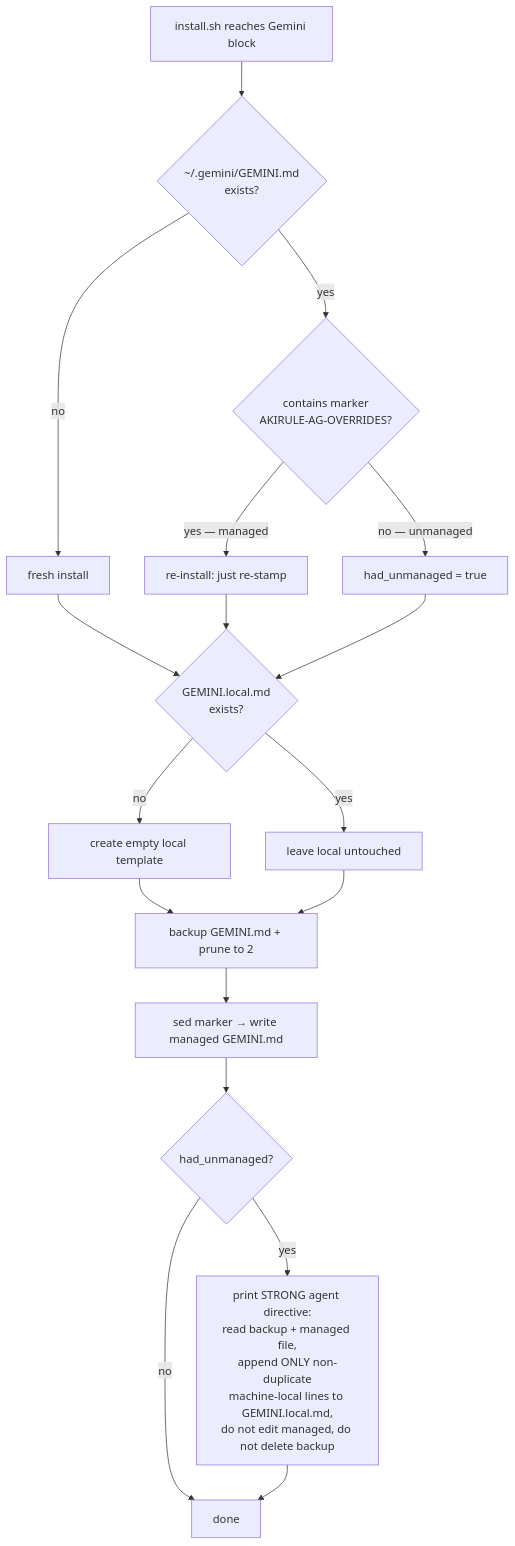
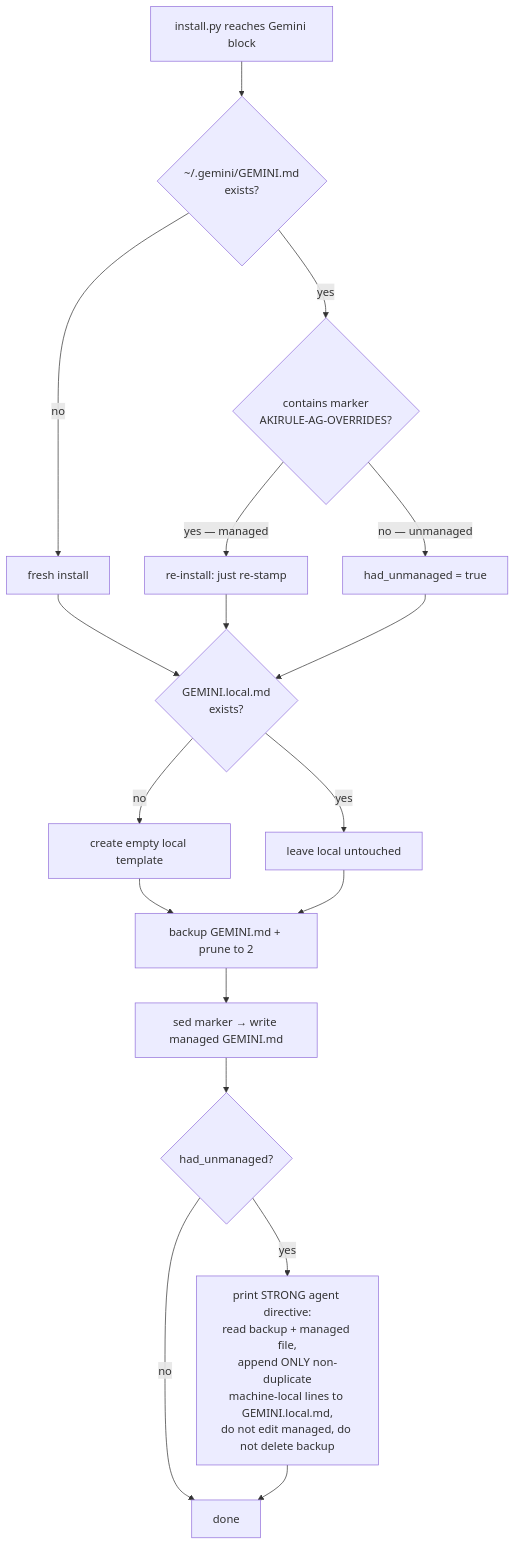
One commit to QuachGia1994/akidevrule changed the second of 2 diagrams in docs/arch/rule-delivery-architecture.md. Above: the diagram before and after it, drawn with Mermaid. The commit also changed other lines of this file and 9 other files, not shown here.

````diff
--- a/docs/arch/rule-delivery-architecture.md
+++ b/docs/arch/rule-delivery-architecture.md
@@ -101,22 +105,22 @@
 ```mermaid
 flowchart TD
-    START["install.sh reaches Gemini block"] --> Q1{"~/.gemini/GEMINI.md<br/>exists?"}
+    START["install.py reaches Gemini block"] --> Q1{"~/.gemini/GEMINI.md<br/>exists?"}
     Q1 -->|no| FRESH["fresh install"]
     Q1 -->|yes| Q2{"contains marker<br/>AKIRULE-AG-OVERRIDES?"}
     Q2 -->|"yes — managed"| MANAGED["re-install: just re-stamp"]
     Q2 -->|"no — unmanaged"| UNMANAGED["had_unmanaged = true"]
 
     FRESH --> LOCAL{"GEMINI.local.md<br/>exists?"}
     MANAGED --> LOCAL
     UNMANAGED --> LOCAL
     LOCAL -->|no| MKLOCAL["create empty local template"]
     LOCAL -->|yes| SKIPLOCAL["leave local untouched"]
 
     MKLOCAL --> BK["backup GEMINI.md + prune to 2"]
     SKIPLOCAL --> BK
     BK --> STMP["sed marker → write managed GEMINI.md"]
     STMP --> Q3{"had_unmanaged?"}
     Q3 -->|no| DONE["done"]
     Q3 -->|yes| DIR["print STRONG agent directive:<br/>read backup + managed file,<br/>append ONLY non-duplicate<br/>machine-local lines to GEMINI.local.md,<br/>do not edit managed, do not delete backup"]
     DIR --> DONE
 ```
````
